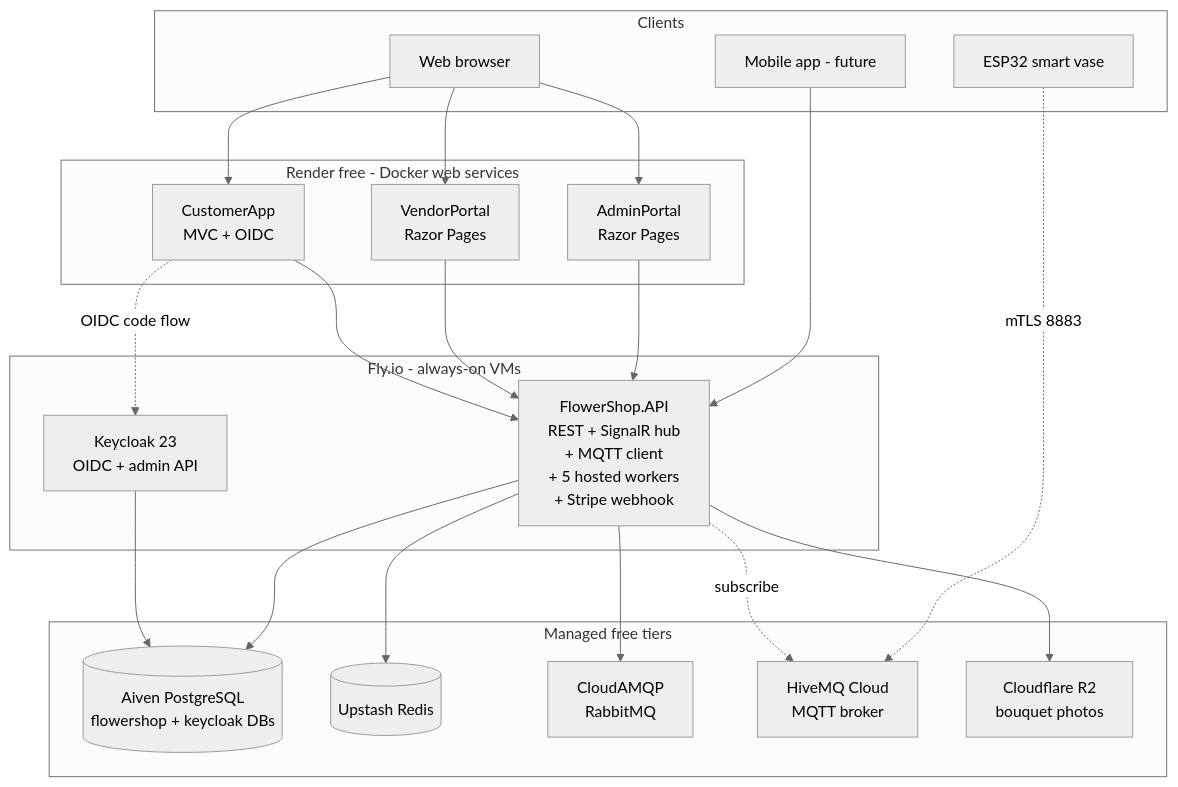
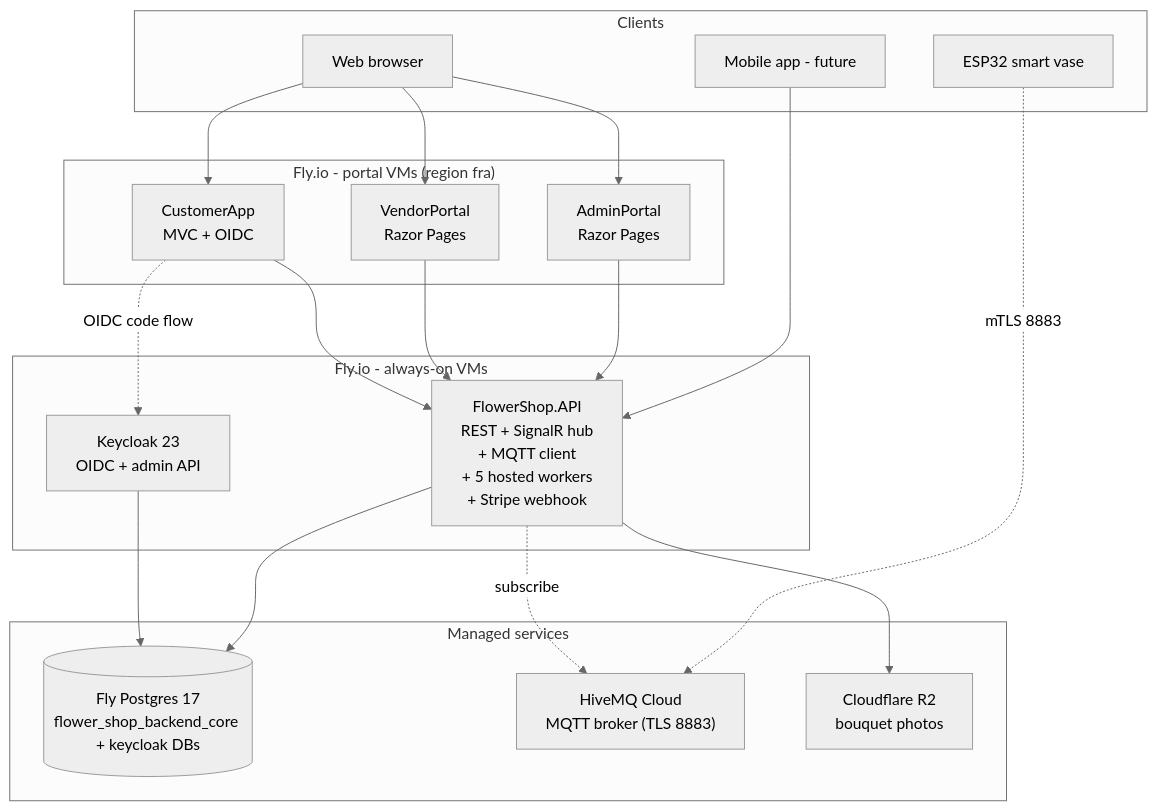
Before and after one commit to FlowerShop-IoT-Platform/flowershop-iot-platform-docs: the diagram in deployment/01-hosting-topology.mmd, drawn with Mermaid (neutral theme). The commit also changed 55 other files, not shown here.

Commit message:
deploy: FlowerShop-IoT-Platform/flower-shop-backend-core@f55f2df174e56467d56e5e6c6174cce9e9ae8b9b

```diff
--- a/deployment/01-hosting-topology.mmd
+++ b/deployment/01-hosting-topology.mmd
@@ -1,44 +1,40 @@
 flowchart TB
     subgraph Clients
         BR[Web browser]
         VASE[ESP32 smart vase]
         MOB[Mobile app - future]
     end
 
     subgraph FLY["Fly.io - always-on VMs"]
         API["FlowerShop.API<br/>REST + SignalR hub<br/>+ MQTT client<br/>+ 5 hosted workers<br/>+ Stripe webhook"]
         KC["Keycloak 23<br/>OIDC + admin API"]
     end
 
-    subgraph RENDER["Render free - Docker web services"]
+    subgraph FLYPORTALS["Fly.io - portal VMs (region fra)"]
         AP["AdminPortal<br/>Razor Pages"]
         VP["VendorPortal<br/>Razor Pages"]
         CA["CustomerApp<br/>MVC + OIDC"]
     end
 
-    subgraph DATA["Managed free tiers"]
-        PG[("Aiven PostgreSQL<br/>flowershop + keycloak DBs")]
-        RD[("Upstash Redis")]
-        RMQ["CloudAMQP<br/>RabbitMQ"]
-        MQTT["HiveMQ Cloud<br/>MQTT broker"]
+    subgraph DATA["Managed services"]
+        PG[("Fly Postgres 17<br/>flower_shop_backend_core + keycloak DBs")]
+        MQTT["HiveMQ Cloud<br/>MQTT broker (TLS 8883)"]
         R2["Cloudflare R2<br/>bouquet photos"]
     end
 
     BR --> AP
     BR --> VP
     BR --> CA
     MOB --> API
 
     CA -. OIDC code flow .-> KC
     AP --> API
     VP --> API
     CA --> API
 
     VASE -. mTLS 8883 .-> MQTT
     API -. subscribe .-> MQTT
 
     API --> PG
-    API --> RD
-    API --> RMQ
     API --> R2
     KC --> PG
```
